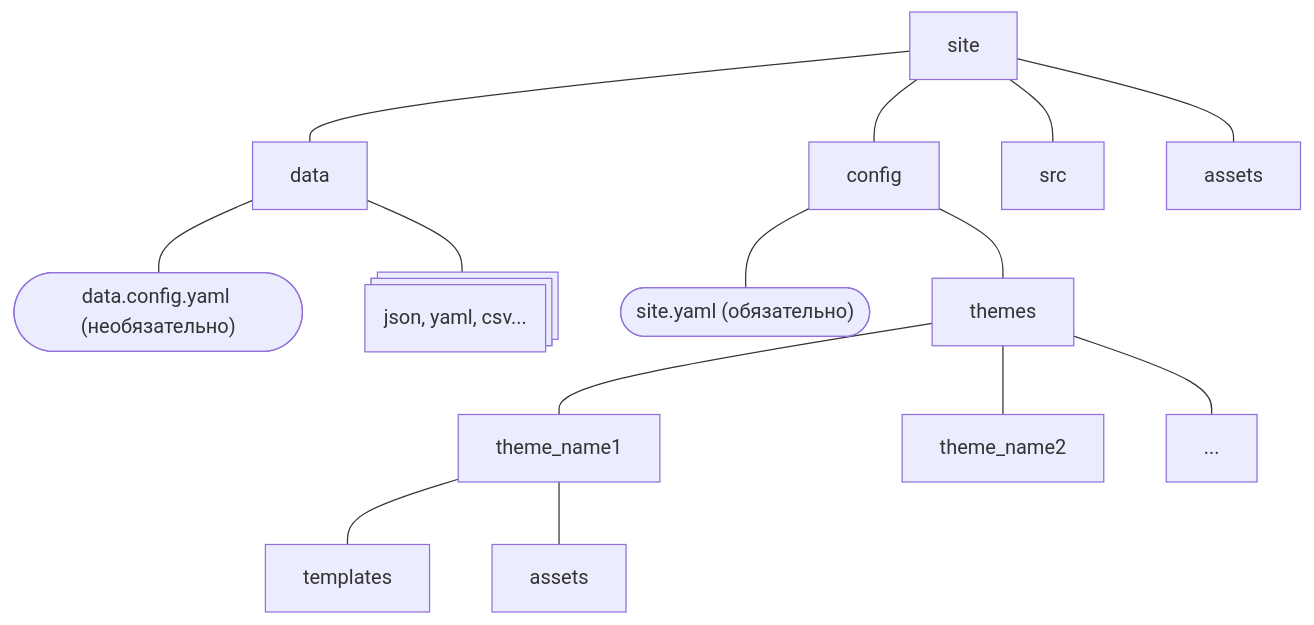
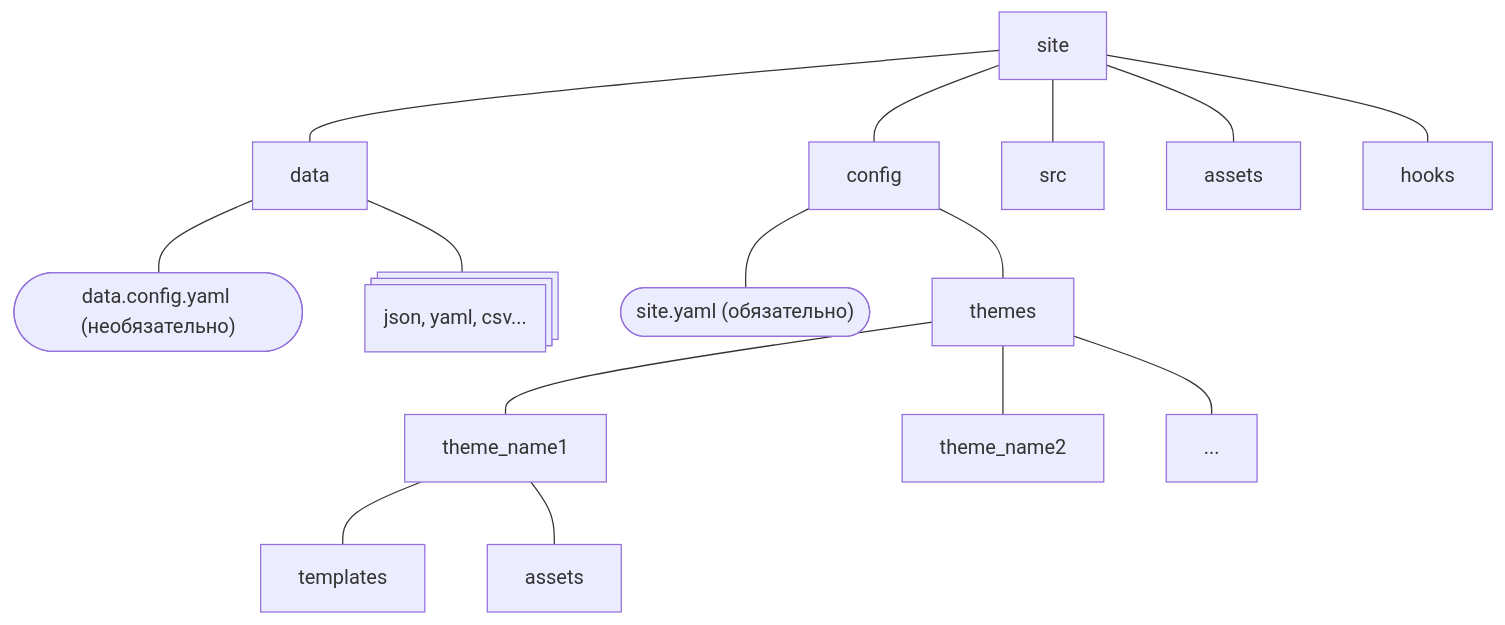
One commit to girobusan/mukha-site changed the diagram in site/src/ru/docs/site_dir.md. Above: the diagram before and after it, drawn with Mermaid. The commit also changed other lines of this file and 414 other files, not shown here.

```diff
--- a/site/src/ru/docs/site_dir.md
+++ b/site/src/ru/docs/site_dir.md
@@ -8,16 +8,17 @@
 <pre class="mermaid">
 graph TB
     A[site] --- B[config]
     A --- C[data] --- K(["data.config.yaml (необязательно)"])
     C --- C1@{shape: procs , label: "json, yaml, csv..."}
     A --- D[src]
     A --- E[assets]
+    A --- M[hooks]
     B --- F(["site.yaml (обязательно)"])
     %%F --- |Конфигурационный файл сайта| F
     B --- G[themes]
     G --- H[theme_name1]
     G --- I[theme_name2]
     G --- J[...]
     H --- L[templates]
     H --- L1[assets]
 </pre>
```
